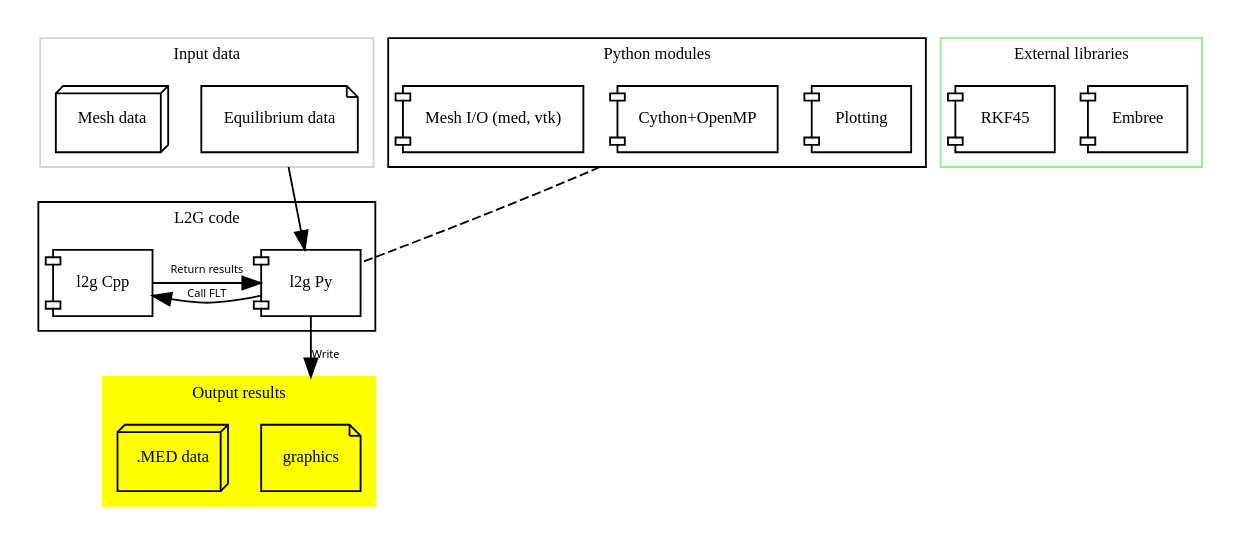
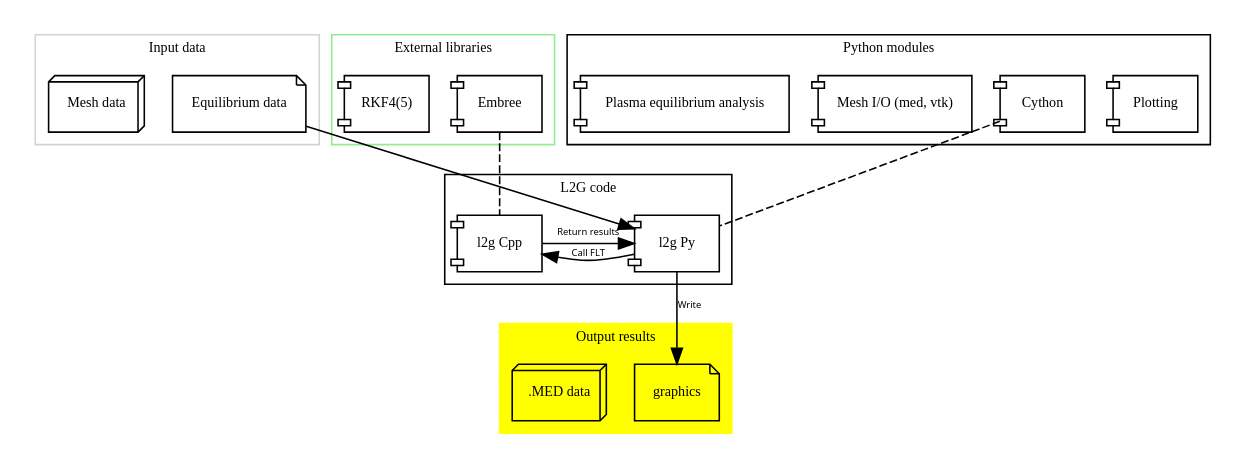
One commit to iterorganization/L2G changed the diagram in doc/source/digest.rst. Above: the diagram before and after it, drawn with Graphviz. The commit also changed 5 other files, not shown here.

```diff
--- a/doc/source/digest.rst
+++ b/doc/source/digest.rst
@@ -24,70 +24,78 @@
 .. graphviz::
    :name: l2g workflow
    :caption: L2G scheme
    :align: center
 
     digraph "l2g-workflow" {
         size="8,6";
         rankdir="TD";
-        splines=true;
+        splines=false;
         compound=true;
 
         graph [fontname="Verdana", fontsize="9"];
         node [fontname="Verdana", fontsize="9"];
         edge [fontname="Sans", fontsize="6"];
 
         l2g_py [label="l2g Py", shape="component", target="_blank"];
         l2g_cpp [label="l2g Cpp", shape="component", target="_blank"];
 
         output_graphics [label="graphics", shape="note",];
         output_data [label=".MED data", shape="box3d"]
 
         input_equil [label="Equilibrium data", shape="note"]
         input_mesh [label="Mesh data", shape="box3d"]
 
         ext_embree [label="Embree", shape="component", href="https://www.embree.org/", target="_blank"]
-        ext_rkf45 [label="RKF45", shape="component"]
+        ext_rkf45 [label="RKF4(5)", shape="component"]
 
         py_plot [label="Plotting", shape="component"]
-        py_cython [label="Cython+OpenMP", shape="component", href="https://cython.org/"]
+        py_cython [label="Cython", shape="component", href="https://cython.org/"]
         py_mesh [label="Mesh I/O (med, vtk)", shape="component"]
+        py_analysis [label="Plasma equilibrium analysis", shape="component"]
 
-        subgraph cluster_0 {
+        subgraph cluster_1 {
+            color=lightgreen;
+
+            {ext_embree ext_rkf45};
+            label="External libraries";
+        }
+
+        subgraph cluster_2 {
+            {py_plot py_cython py_mesh py_analysis};
+            label="Python modules"
+        }
+
+        subgraph cluster_3 {
+            /*rank=UD;*/
+
+            l2g_py -> l2g_cpp [label="Call FLT", constraint=false];
+            l2g_cpp -> l2g_py [label="Return results", constraint=false];
+            label="L2G code";
+        }
+
+        subgraph cluster_4 {
             color=lightgrey;
 
             input_equil;
             input_mesh;
             label="Input data";
         }
 
-        subgraph cluster_1 {
-            rank=UD;
-
-            l2g_py -> l2g_cpp [label="Call FLT", constraint=false];
-            l2g_cpp -> l2g_py [label="Return results", constraint=false];
-            label="L2G code";
-        }
-        subgraph cluster_2 {
+        subgraph cluster_5 {
             style=filled;
             color=yellow;
 
             "output_graphics";
             "output_data";
             label="Output results";
         }
-        subgraph cluster_3 {
-            color=lightgreen;
 
-            {ext_embree ext_rkf45};
-            label="External libraries";
-        }
 
-        subgraph cluster_4 {
-            {rank = same; py_plot py_cython py_mesh};
-            label="Python modules"
-        }
-
+        /* Connections */
         input_equil -> l2g_py [ltail=cluster_0]
+        /*l2g_py -> input_equil [dir=back, lhead=cluster_0]*/
         l2g_py -> output_graphics [lhead=cluster_2, label="Write"]
         py_cython -> l2g_py [ltail=cluster_4, style=dashed, arrowhead=none]
+        ext_embree -> l2g_cpp [ltail=cluster_3, style=dashed, arrowhead=none]
+
     }
```
